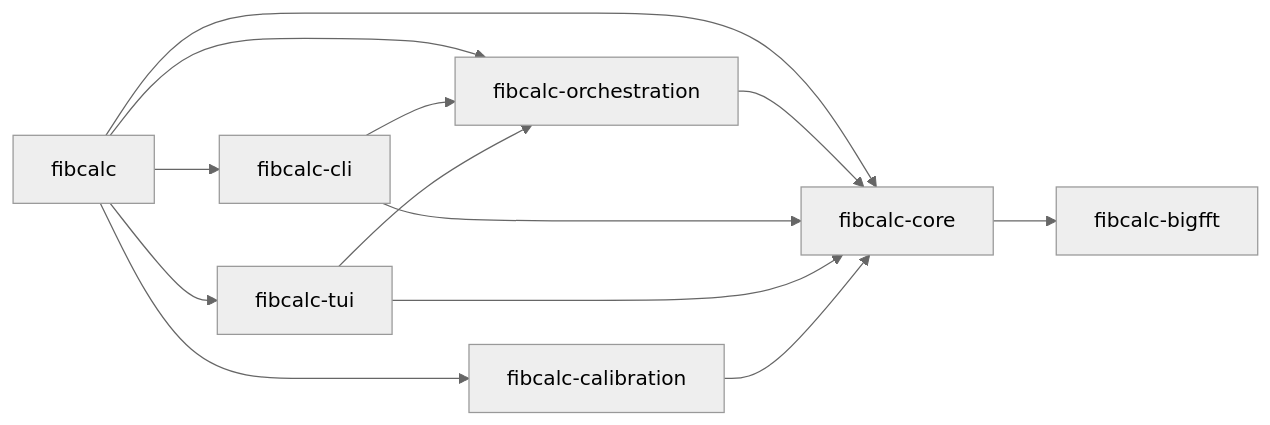
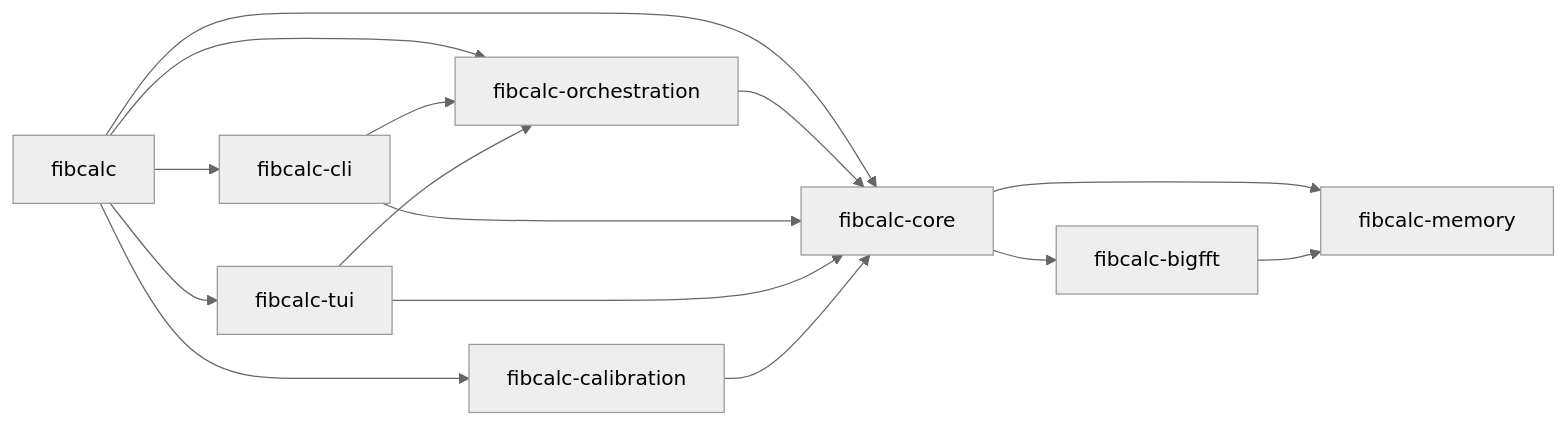
Before and after one commit to agbruneau/FibRust: the second of 5 diagrams in docs/ARCHITECTURE.md, drawn with Mermaid (neutral theme). The commit also changed other lines of this file and 4 other files, not shown here.

First line of the commit message:
docs: update documentation with fibcalc-memory crate

````diff
--- a/docs/ARCHITECTURE.md
+++ b/docs/ARCHITECTURE.md
@@ -211,15 +223,17 @@
 ```mermaid
 graph LR
     fibcalc --> fibcalc-core
     fibcalc --> fibcalc-orchestration
     fibcalc --> fibcalc-cli
     fibcalc --> fibcalc-tui
     fibcalc --> fibcalc-calibration
     fibcalc-core --> fibcalc-bigfft
+    fibcalc-core --> fibcalc-memory
+    fibcalc-bigfft --> fibcalc-memory
     fibcalc-orchestration --> fibcalc-core
     fibcalc-cli --> fibcalc-core
     fibcalc-cli --> fibcalc-orchestration
     fibcalc-tui --> fibcalc-core
     fibcalc-tui --> fibcalc-orchestration
     fibcalc-calibration --> fibcalc-core
 ```
````
